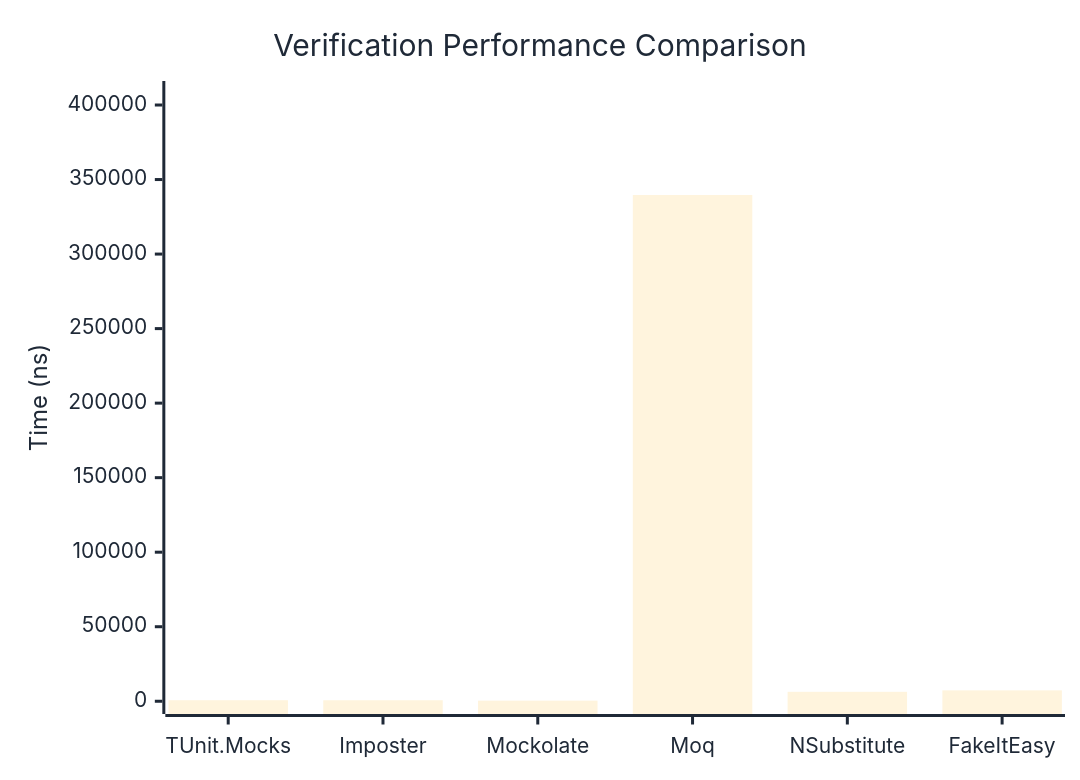
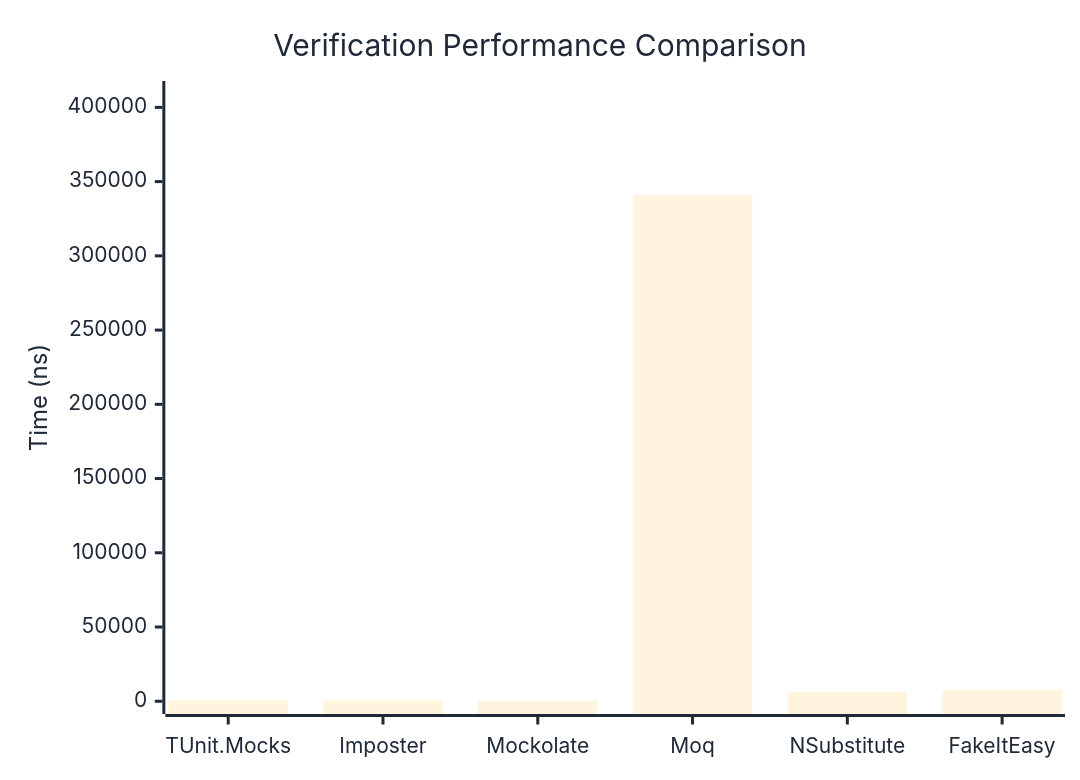
Before and after one commit to thomhurst/TUnit: the first of 3 diagrams in docs/docs/benchmarks/mocks/Verification.md, drawn with Mermaid. The commit also changed other lines of this file and 14 other files, not shown here.

````diff
--- a/docs/docs/benchmarks/mocks/Verification.md
+++ b/docs/docs/benchmarks/mocks/Verification.md
@@ -30,27 +30,27 @@
 ```mermaid
 %%{init: {
   'theme':'base',
   'themeVariables': {
     'primaryColor': '#2563eb',
     'primaryTextColor': '#1f2937',
     'primaryBorderColor': '#1e40af',
     'lineColor': '#6b7280',
     'secondaryColor': '#7c3aed',
     'tertiaryColor': '#dc2626',
     'background': '#ffffff',
     'pie1': '#2563eb',
     'pie2': '#7c3aed',
     'pie3': '#dc2626',
     'pie4': '#f59e0b',
     'pie5': '#10b981',
     'pie6': '#06b6d4',
     'pie7': '#ec4899',
     'pie8': '#6366f1'
   }
 }}%%
 xychart-beta
   title "Verification Performance Comparison"
   x-axis ["TUnit.Mocks", "Imposter", "Mockolate", "Moq", "NSubstitute", "FakeItEasy"]
-  y-axis "Time (ns)" 0 --> 407557
-  bar [687.26, 667.16, 400.01, 339630.15, 6334.52, 7308.63]
+  y-axis "Time (ns)" 0 --> 409180
+  bar [718.14, 669.02, 417.16, 340982.74, 6297.55, 7689.72]
 ```
````
